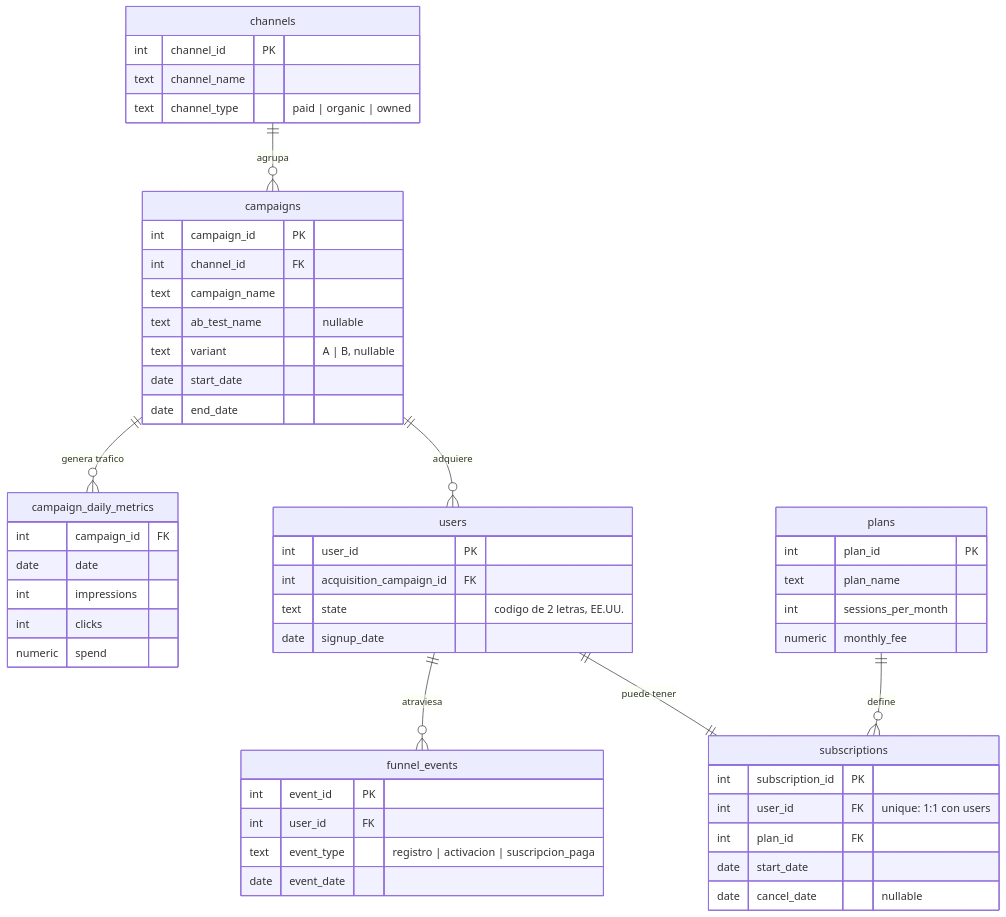
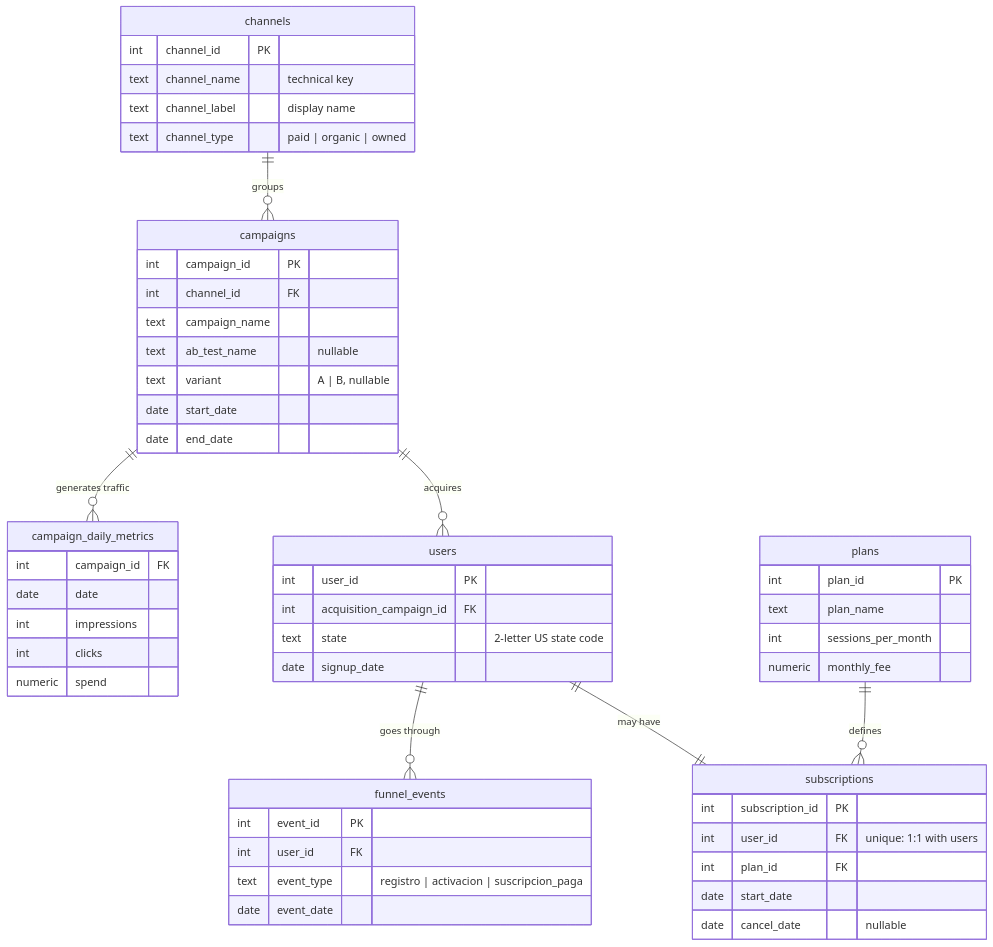
Before and after one commit to ignaciodidonato/growth-analytics-simulation: the diagram in README.md, drawn with Mermaid. The commit also changed other lines of this file and 75 other files, not shown here.

````diff
--- a/README.md
+++ b/README.md
@@ -40,56 +44,57 @@
 ```mermaid
 erDiagram
-    channels ||--o{ campaigns : agrupa
-    campaigns ||--o{ campaign_daily_metrics : "genera trafico"
-    campaigns ||--o{ users : adquiere
-    users ||--o{ funnel_events : atraviesa
-    users ||--|| subscriptions : "puede tener"
-    plans ||--o{ subscriptions : define
+    channels ||--o{ campaigns : groups
+    campaigns ||--o{ campaign_daily_metrics : "generates traffic"
+    campaigns ||--o{ users : acquires
+    users ||--o{ funnel_events : "goes through"
+    users ||--|| subscriptions : "may have"
+    plans ||--o{ subscriptions : defines
 
     channels {
         int channel_id PK
-        text channel_name
+        text channel_name "technical key"
+        text channel_label "display name"
         text channel_type "paid | organic | owned"
     }
     campaigns {
         int campaign_id PK
         int channel_id FK
         text campaign_name
         text ab_test_name "nullable"
         text variant "A | B, nullable"
         date start_date
         date end_date
     }
     campaign_daily_metrics {
         int campaign_id FK
         date date
         int impressions
         int clicks
         numeric spend
     }
     plans {
         int plan_id PK
         text plan_name
         int sessions_per_month
         numeric monthly_fee
     }
     users {
         int user_id PK
         int acquisition_campaign_id FK
-        text state "codigo de 2 letras, EE.UU."
+        text state "2-letter US state code"
         date signup_date
     }
     funnel_events {
         int event_id PK
         int user_id FK
         text event_type "registro | activacion | suscripcion_paga"
         date event_date
     }
     subscriptions {
         int subscription_id PK
-        int user_id FK "unique: 1:1 con users"
+        int user_id FK "unique: 1:1 with users"
         int plan_id FK
         date start_date
         date cancel_date "nullable"
     }
 ```
````
